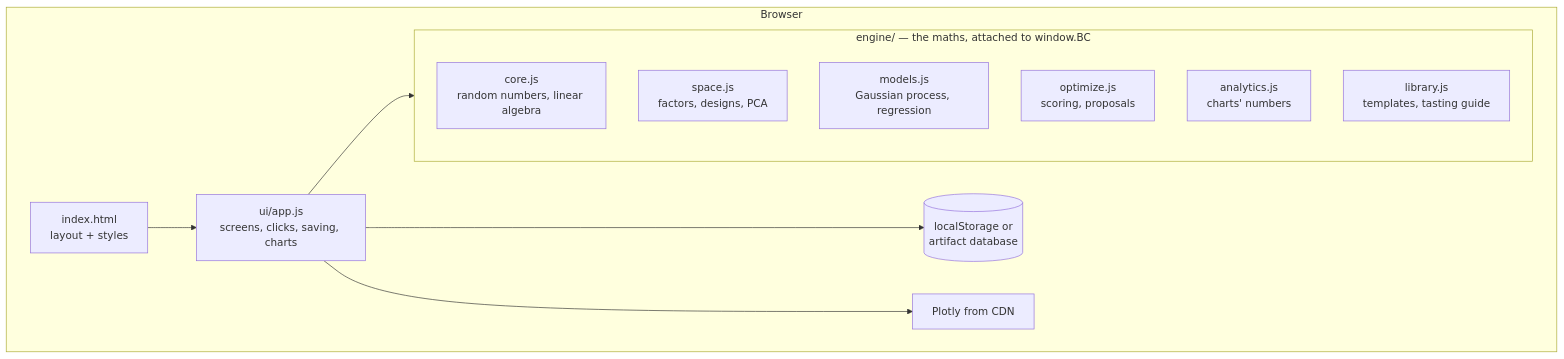
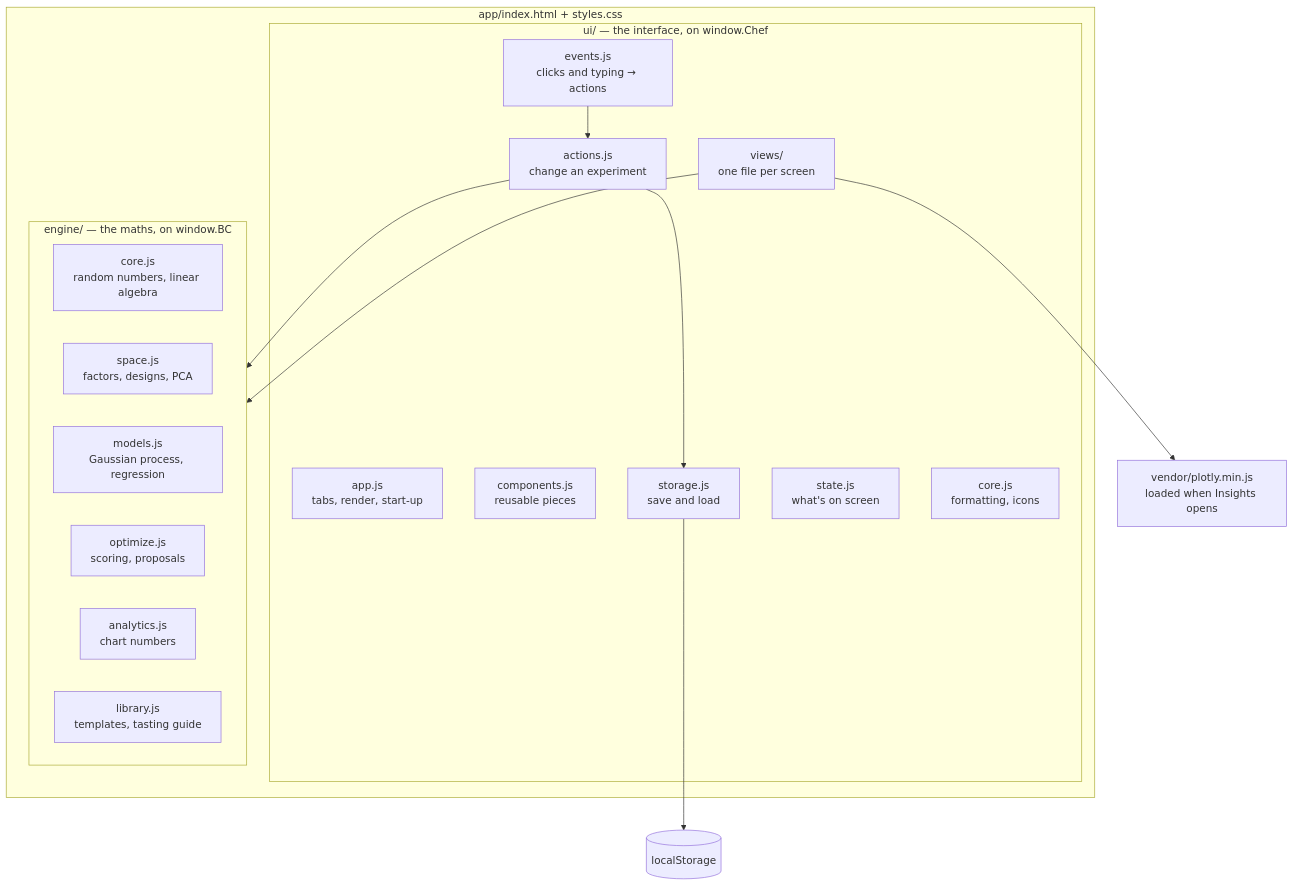
The first of 2 diagrams in docs/code-tour.md (smitra43/Bayesian-cooking), drawn with Mermaid before and after one commit. The commit also changed other lines of this file and 49 other files, not shown here.

````diff
--- a/docs/code-tour.md
+++ b/docs/code-tour.md
@@ -27,21 +29,29 @@
 ```mermaid
 flowchart TB
-    subgraph Browser
-        HTML[index.html<br/>layout + styles]
-        UI[ui/app.js<br/>screens, clicks, saving, charts]
-        subgraph Engine[engine/ — the maths, attached to window.BC]
-            core[core.js<br/>random numbers, linear algebra]
+    subgraph Page[app/index.html + styles.css]
+        subgraph UI[ui/ — the interface, on window.Chef]
+            app[app.js<br/>tabs, render, start-up]
+            events[events.js<br/>clicks and typing → actions]
+            views[views/<br/>one file per screen]
+            actions[actions.js<br/>change an experiment]
+            comps[components.js<br/>reusable pieces]
+            storage[storage.js<br/>save and load]
+            state[state.js<br/>what's on screen]
+            core[core.js<br/>formatting, icons]
+        end
+        subgraph Engine[engine/ — the maths, on window.BC]
+            ecore[core.js<br/>random numbers, linear algebra]
             space[space.js<br/>factors, designs, PCA]
             models[models.js<br/>Gaussian process, regression]
             opt[optimize.js<br/>scoring, proposals]
-            ana[analytics.js<br/>charts' numbers]
+            ana[analytics.js<br/>chart numbers]
             lib[library.js<br/>templates, tasting guide]
         end
-        Store[(localStorage or<br/>artifact database)]
-        Plotly[Plotly from CDN]
     end
-    HTML --> UI
-    UI --> Engine
-    UI --> Store
-    UI --> Plotly
+    Store[(localStorage)]
+    Plotly[vendor/plotly.min.js<br/>loaded when Insights opens]
+    events --> actions --> Engine
+    views --> Engine
+    actions --> storage --> Store
+    views --> Plotly
 ```
````
